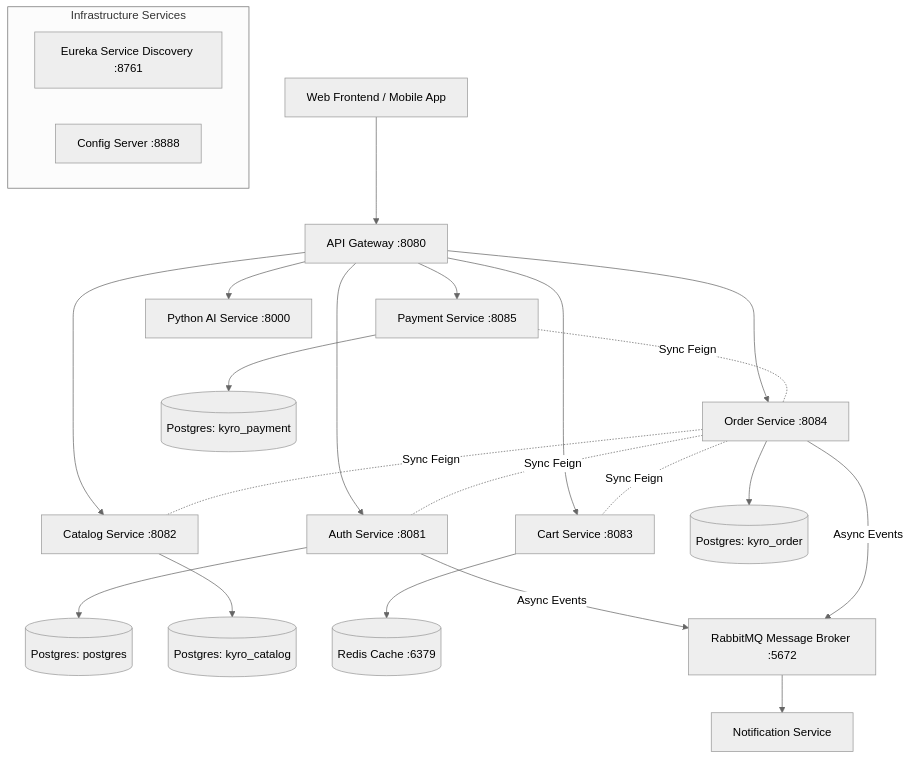
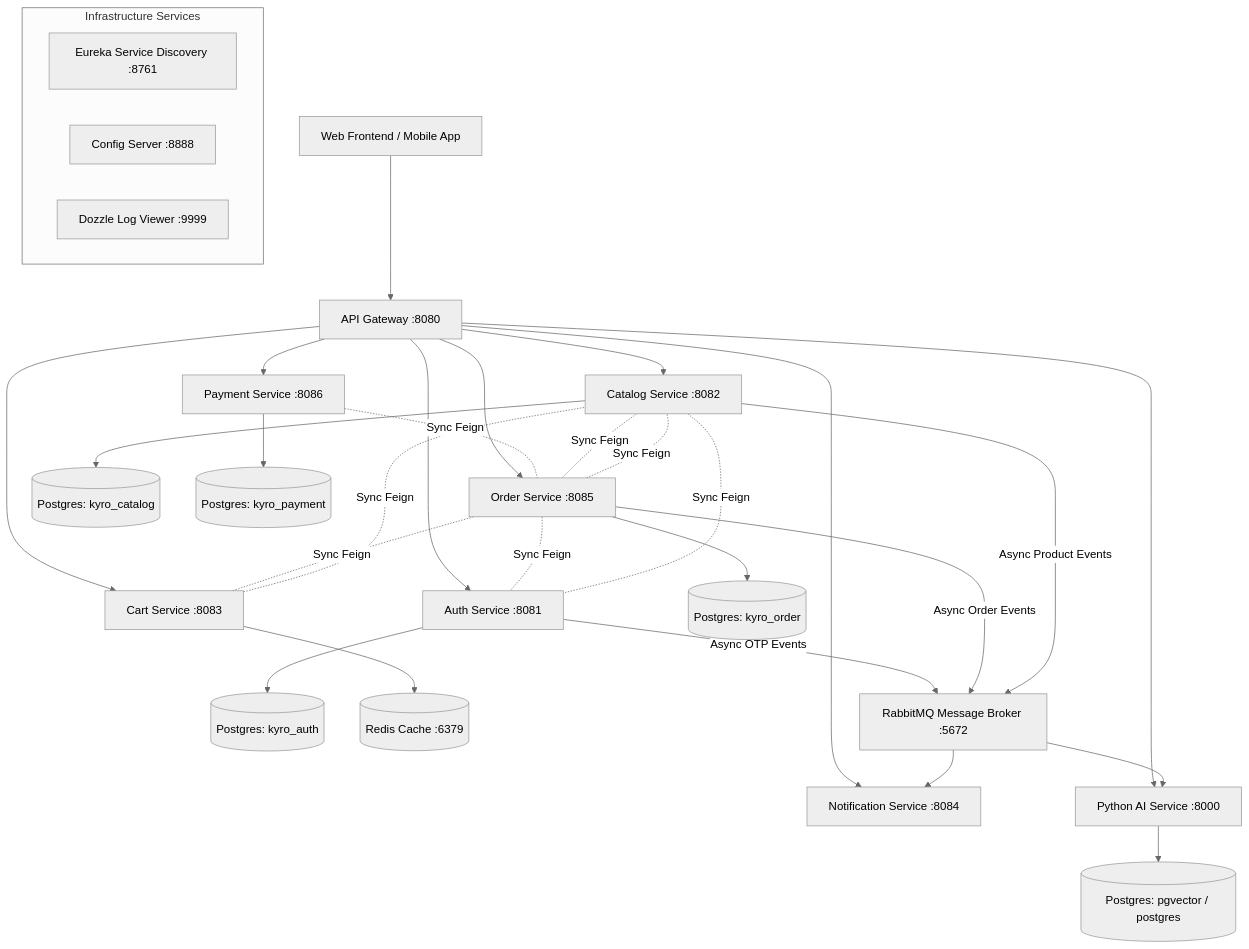
Before and after one commit to kyro-ecommerce/Backend: the first of 2 diagrams in README.md, drawn with Mermaid (neutral theme). The commit also changed other lines of this file, not shown here.

````diff
--- a/README.md
+++ b/README.md
@@ -28,31 +29,41 @@
 ```mermaid
 graph TD
     Client[Web Frontend / Mobile App] --> Gateway[API Gateway :8080]
     
     subgraph Infrastructure Services
         Discovery[Eureka Service Discovery :8761]
         Config[Config Server :8888]
+        Dozzle[Dozzle Log Viewer :9999]
     end
 
     Gateway --> Auth[Auth Service :8081]
     Gateway --> Catalog[Catalog Service :8082]
     Gateway --> Cart[Cart Service :8083]
-    Gateway --> Order[Order Service :8084]
-    Gateway --> Payment[Payment Service :8085]
+    Gateway --> Notification[Notification Service :8084]
+    Gateway --> Order[Order Service :8085]
+    Gateway --> Payment[Payment Service :8086]
     Gateway --> AIService[Python AI Service :8000]
 
-    Auth --> AuthDB[(Postgres: postgres)]
+    Auth --> AuthDB[(Postgres: kyro_auth)]
     Catalog --> CatalogDB[(Postgres: kyro_catalog)]
     Order --> OrderDB[(Postgres: kyro_order)]
     Payment --> PaymentDB[(Postgres: kyro_payment)]
+    AIService --> AIDB[(Postgres: pgvector / postgres)]
     Cart --> RedisDB[(Redis Cache :6379)]
 
+    %% Synchronous Feign Communications
     Order -. Sync Feign .- Catalog
     Order -. Sync Feign .- Cart
     Order -. Sync Feign .- Auth
+    Cart -. Sync Feign .- Catalog
     Payment -. Sync Feign .- Order
+    Catalog -. Sync Feign .- Auth
+    Catalog -. Sync Feign .- Order
 
-    Auth -- Async Events --> RabbitMQ[RabbitMQ Message Broker :5672]
-    Order -- Async Events --> RabbitMQ
-    RabbitMQ --> Notification[Notification Service]
+    %% Asynchronous Event-Driven Messaging
+    Auth -- Async OTP Events --> RabbitMQ[RabbitMQ Message Broker :5672]
+    Order -- Async Order Events --> RabbitMQ
+    Catalog -- Async Product Events --> RabbitMQ
+    RabbitMQ --> Notification
+    RabbitMQ --> AIService
 ```
````
